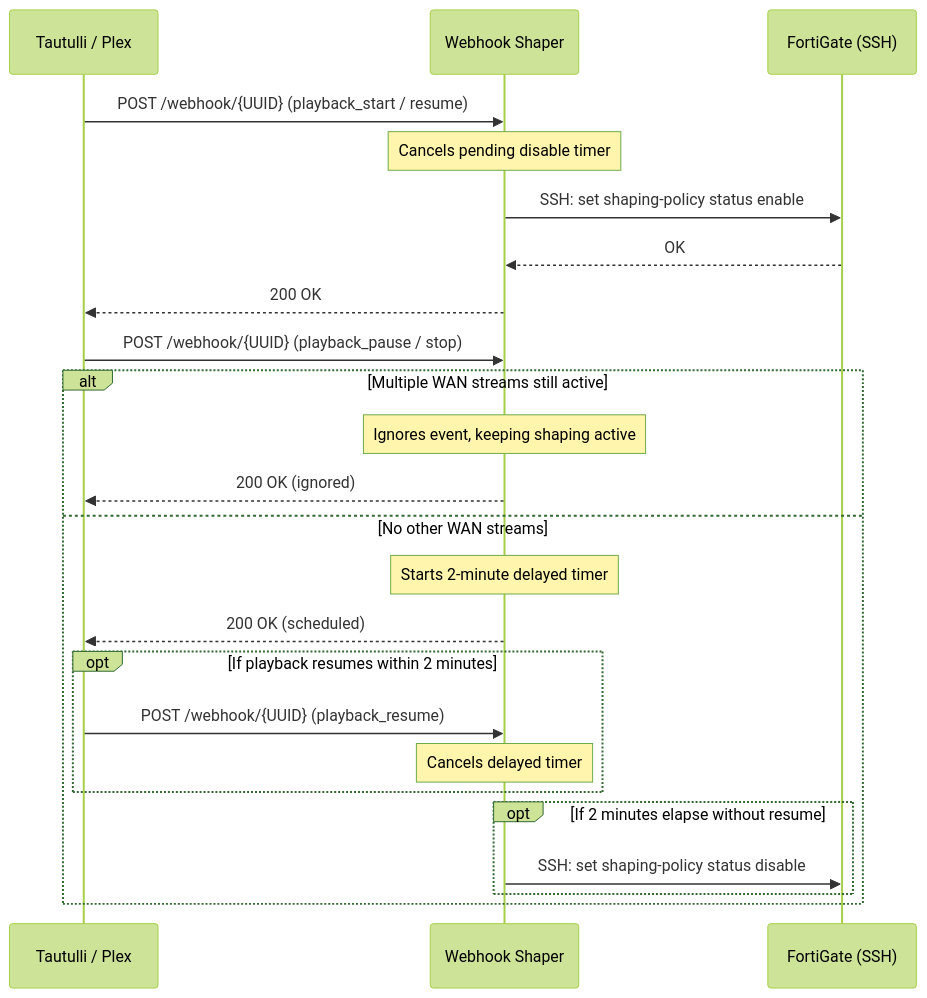
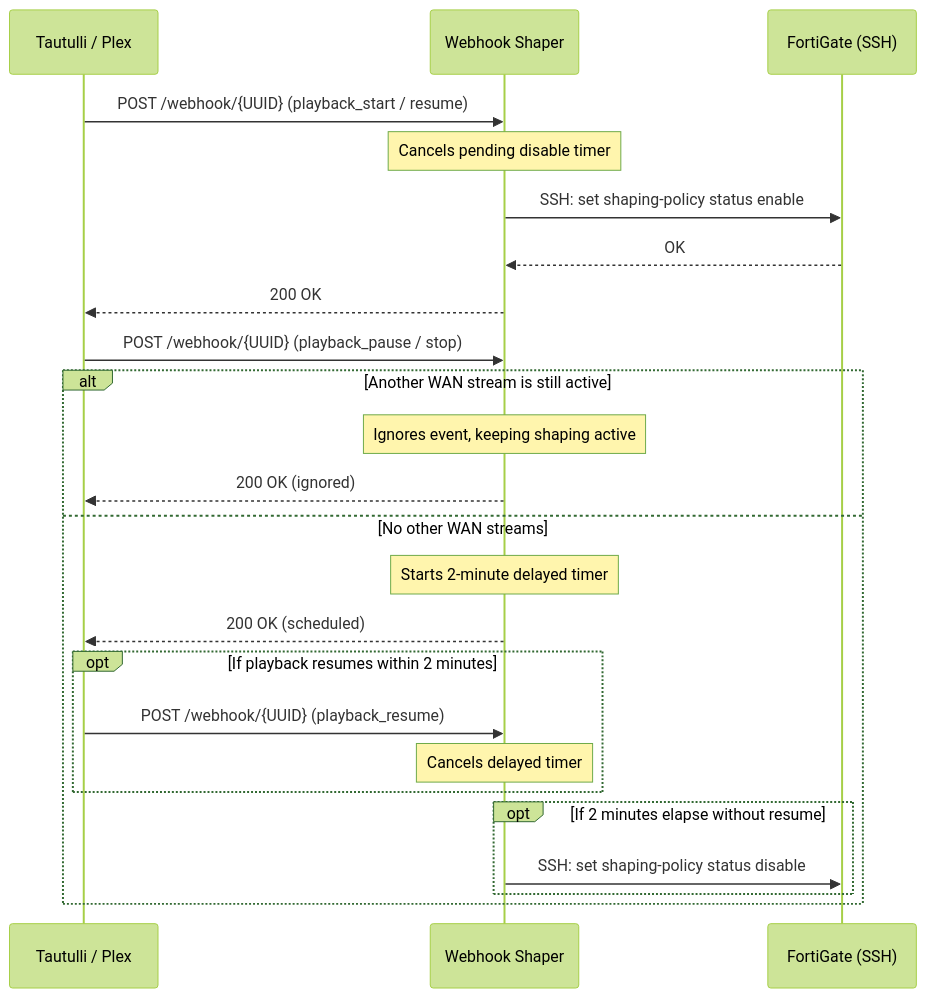
Before and after one commit to arumes31/fgt-webhook-shaper: the diagram in README.md, drawn with Mermaid (forest theme). The commit also changed other lines of this file, not shown here.

Commit message:
docs: fix Tautulli webhook setup and stream counts

````diff
--- a/README.md
+++ b/README.md
@@ -9,28 +9,28 @@
 ```mermaid
 sequenceDiagram
     participant T as Tautulli / Plex
     participant S as Webhook Shaper
     participant F as FortiGate (SSH)
 
     T->>S: POST /webhook/{UUID} (playback_start / resume)
     Note over S: Cancels pending disable timer
     S->>F: SSH: set shaping-policy status enable
     F-->>S: OK
     S-->>T: 200 OK
 
     T->>S: POST /webhook/{UUID} (playback_pause / stop)
-    alt Multiple WAN streams still active
+    alt Another WAN stream is still active
         Note over S: Ignores event, keeping shaping active
         S-->>T: 200 OK (ignored)
     else No other WAN streams
         Note over S: Starts 2-minute delayed timer
         S-->>T: 200 OK (scheduled)
         opt If playback resumes within 2 minutes
             T->>S: POST /webhook/{UUID} (playback_resume)
             Note over S: Cancels delayed timer
         end
         opt If 2 minutes elapse without resume
             S->>F: SSH: set shaping-policy status disable
         end
     end
 ```
````
